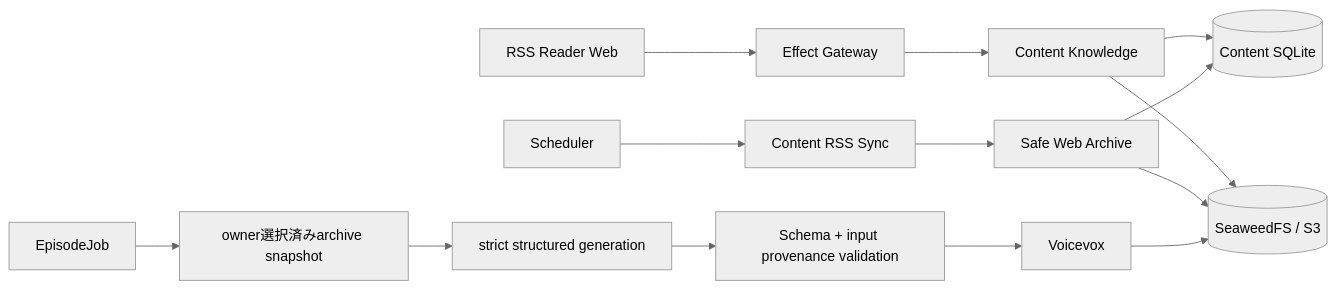
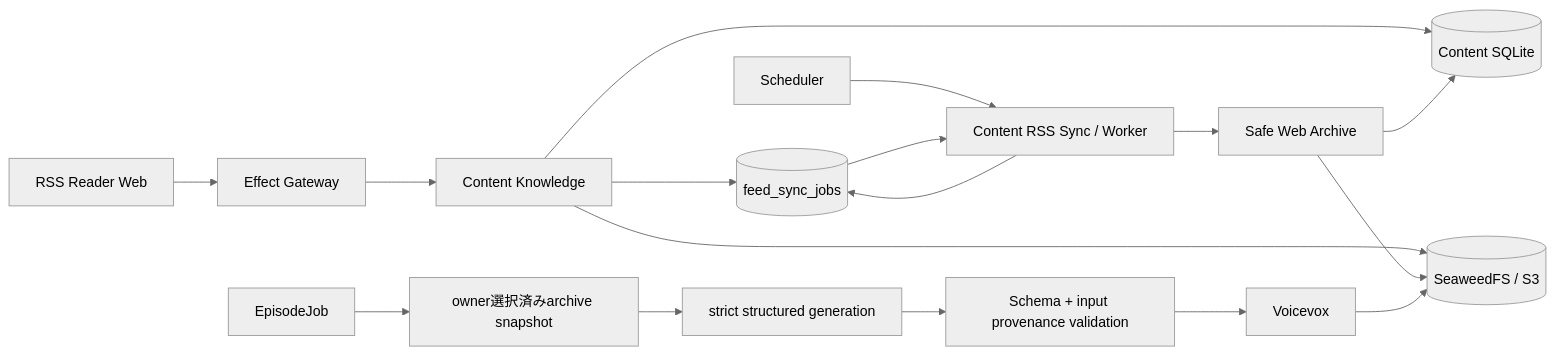
The third of 5 diagrams in docs/design.md (r4ai/news-podcast), drawn with Mermaid (neutral theme) before and after one commit. The commit also changed other lines of this file and 2 other files, not shown here.

Commit message:
docs: document durable RSS sync queue

````diff
--- a/docs/design.md
+++ b/docs/design.md
@@ -152,16 +154,19 @@
 ```mermaid
 flowchart LR
   Web["RSS Reader Web"] --> API["Effect Gateway"]
   API --> Content["Content Knowledge"]
+  Content --> Queue[("feed_sync_jobs")]
   Content --> DB[("Content SQLite")]
   Content --> S3[("SeaweedFS / S3")]
-  Scheduler --> Sync["Content RSS Sync"]
+  Scheduler --> Sync["Content RSS Sync / Worker"]
+  Queue --> Sync
+  Sync --> Queue
   Sync --> Archive["Safe Web Archive"]
   Archive --> S3
   Archive --> DB
   EpisodeJob --> Input["owner選択済みarchive snapshot"]
   Input --> Generate["strict structured generation"]
   Generate --> Verify["Schema + input provenance validation"]
   Verify --> Voicevox
   Voicevox --> S3
 ```
````
